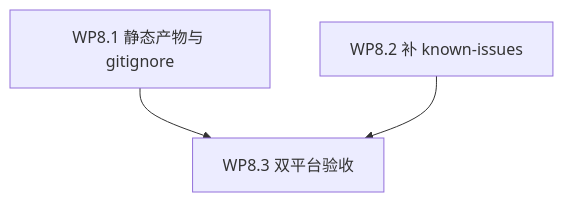
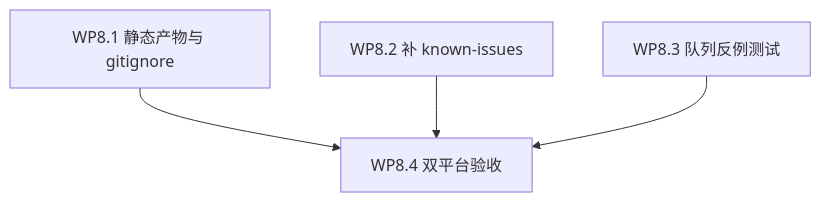
Before and after one commit to alicia1030su/ai-debate: the diagram in docs/task-plan.md, drawn with Mermaid. The commit also changed other lines of this file and 4 other files, not shown here.

````diff
--- a/docs/task-plan.md
+++ b/docs/task-plan.md
@@ -83,5 +110,6 @@
 ```mermaid
 graph TD
-  WP81[WP8.1 静态产物与 gitignore] --> WP83[WP8.3 双平台验收]
-  WP82[WP8.2 补 known-issues] --> WP83
+  WP81[WP8.1 静态产物与 gitignore] --> WP84[WP8.4 双平台验收]
+  WP82[WP8.2 补 known-issues] --> WP84
+  WP83[WP8.3 队列反例测试] --> WP84
 ```
````
